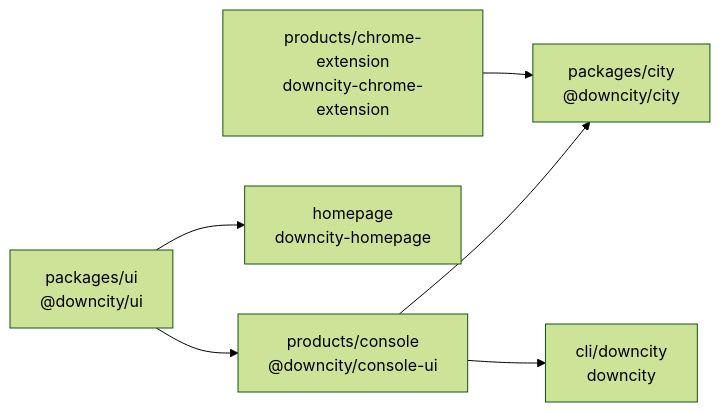
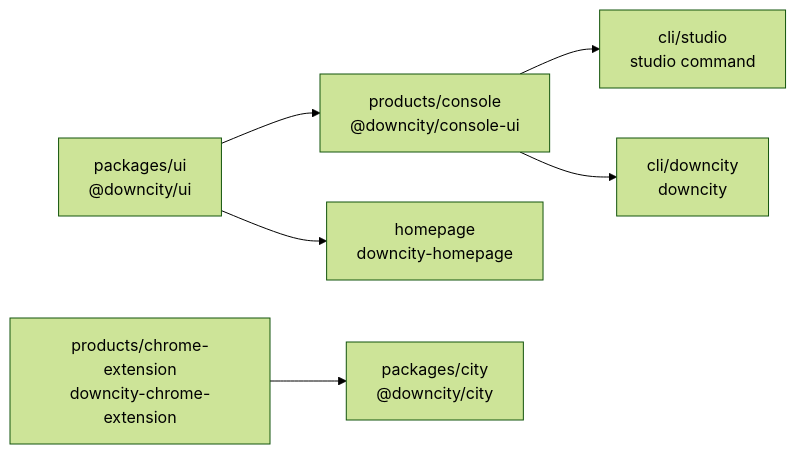
The second of 4 diagrams in homepage/content/devdocs/zh/architecture/workspace-package-structure.mdx (wangenius/downcity), drawn with Mermaid (forest theme) before and after one commit. The commit also changed other lines of this file and 28 other files, not shown here.

Commit message:
refactor(cli): move console assets into studio

````diff
--- a/homepage/content/devdocs/zh/architecture/workspace-package-structure.mdx
+++ b/homepage/content/devdocs/zh/architecture/workspace-package-structure.mdx
@@ -113,15 +113,16 @@
 ```mermaid
 flowchart LR
     UI["packages/ui<br/>@downcity/ui"]
     Console["products/console<br/>@downcity/console-ui"]
     Homepage["homepage<br/>downcity-homepage"]
+    StudioCli["cli/studio<br/>studio command"]
     Runtime["packages/city<br/>@downcity/city"]
     CliBundle["cli/downcity<br/>downcity"]
     Extension["products/chrome-extension<br/>downcity-chrome-extension"]
 
     UI --> Console
     UI --> Homepage
-    Console --> Runtime
+    Console --> StudioCli
     Console --> CliBundle
     Extension --> Runtime
 ```
````
